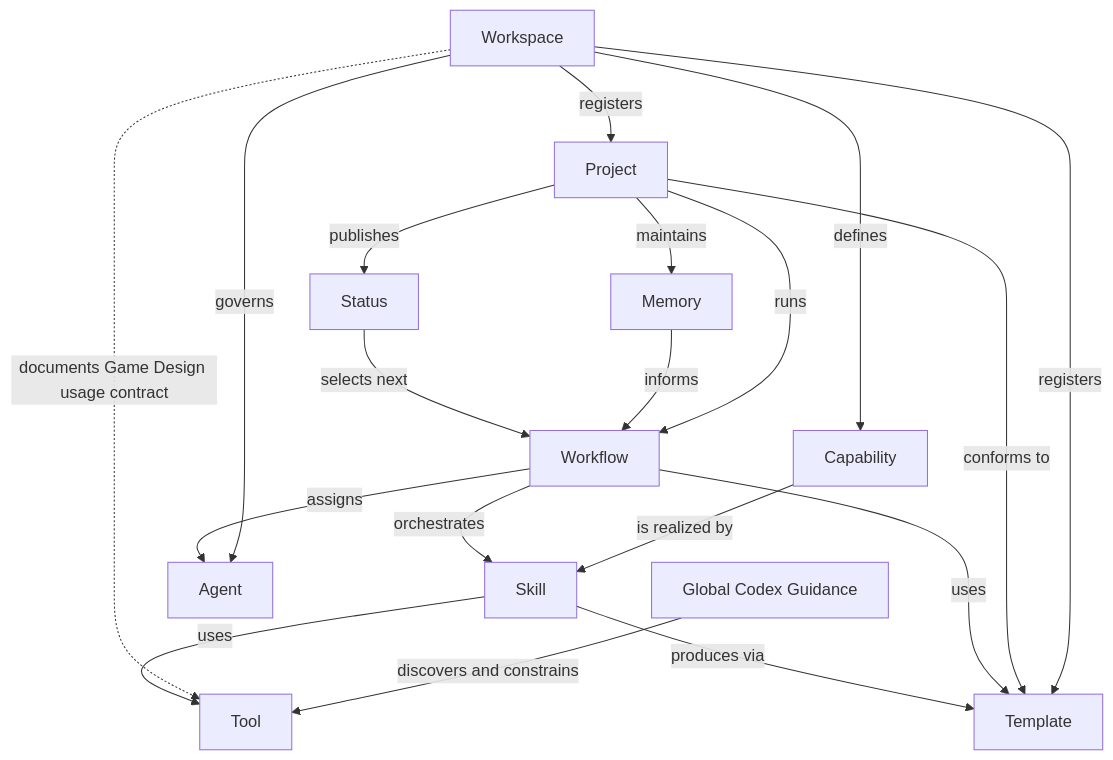
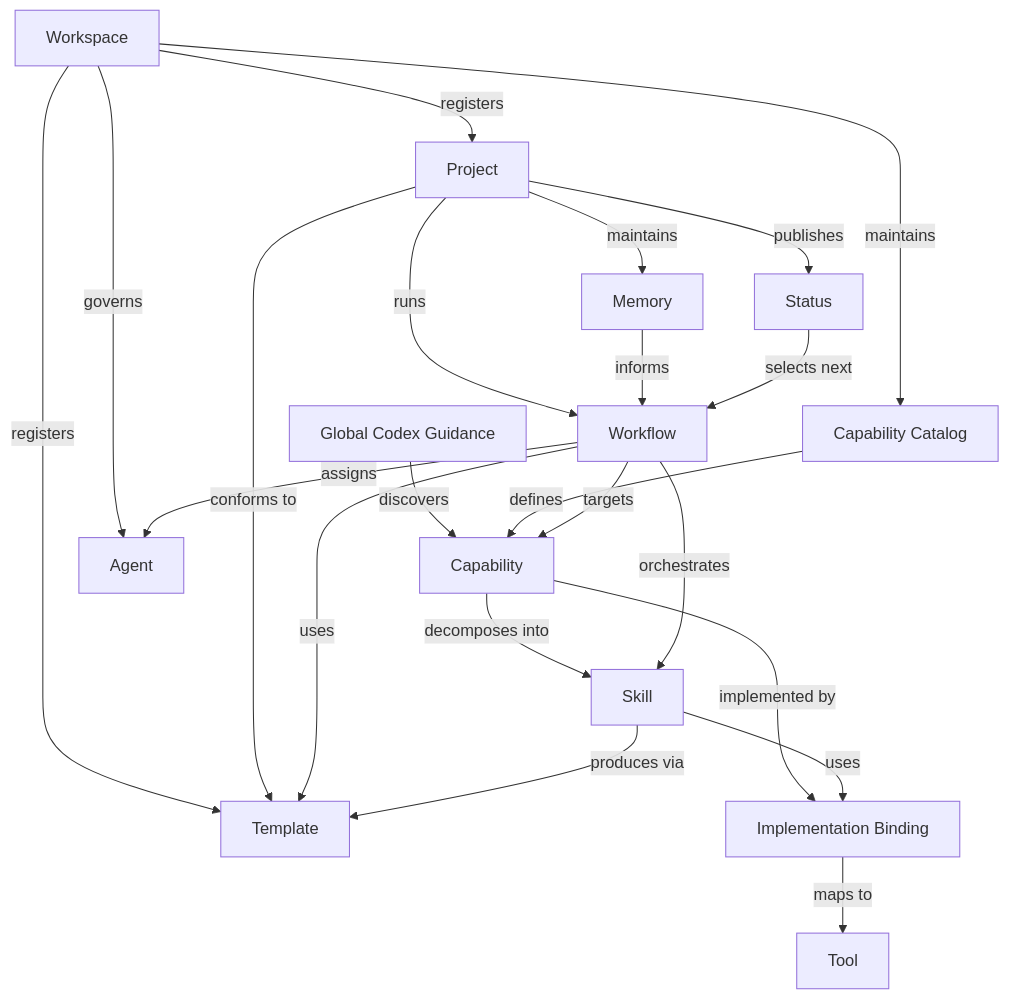
One commit to 840832144/AI-Workspace changed the diagram in docs/architecture/WorkspaceKernel.md. Above: the diagram before and after it, drawn with Mermaid. The commit also changed other lines of this file and 22 other files, not shown here.

````diff
--- a/docs/architecture/WorkspaceKernel.md
+++ b/docs/architecture/WorkspaceKernel.md
@@ -22,23 +23,26 @@
 ```mermaid
 flowchart TD
-    G[Global Codex Guidance] -->|discovers and constrains| TOOL[Tool]
+    G[Global Codex Guidance] -->|discovers| C[Capability]
+    CAT[Capability Catalog] -->|defines| C
     W[Workspace] -->|registers| P[Project]
-    W -->|defines| C[Capability]
+    W -->|maintains| CAT
     W -->|governs| A[Agent]
     W -->|registers| TPL[Template]
-    W -.->|documents Game Design usage contract| TOOL
 
     P -->|maintains| M[Memory]
     P -->|publishes| S[Status]
     P -->|runs| WF[Workflow]
     P -->|conforms to| TPL
 
-    C -->|is realized by| SK[Skill]
+    C -->|decomposes into| SK[Skill]
+    C -->|implemented by| B[Implementation Binding]
+    B -->|maps to| TOOL[Tool]
     WF -->|orchestrates| SK
+    WF -->|targets| C
     WF -->|assigns| A
     WF -->|uses| TPL
-    SK -->|uses| TOOL
+    SK -->|uses| B
     SK -->|produces via| TPL
     M -->|informs| WF
     S -->|selects next| WF
 ```
````
